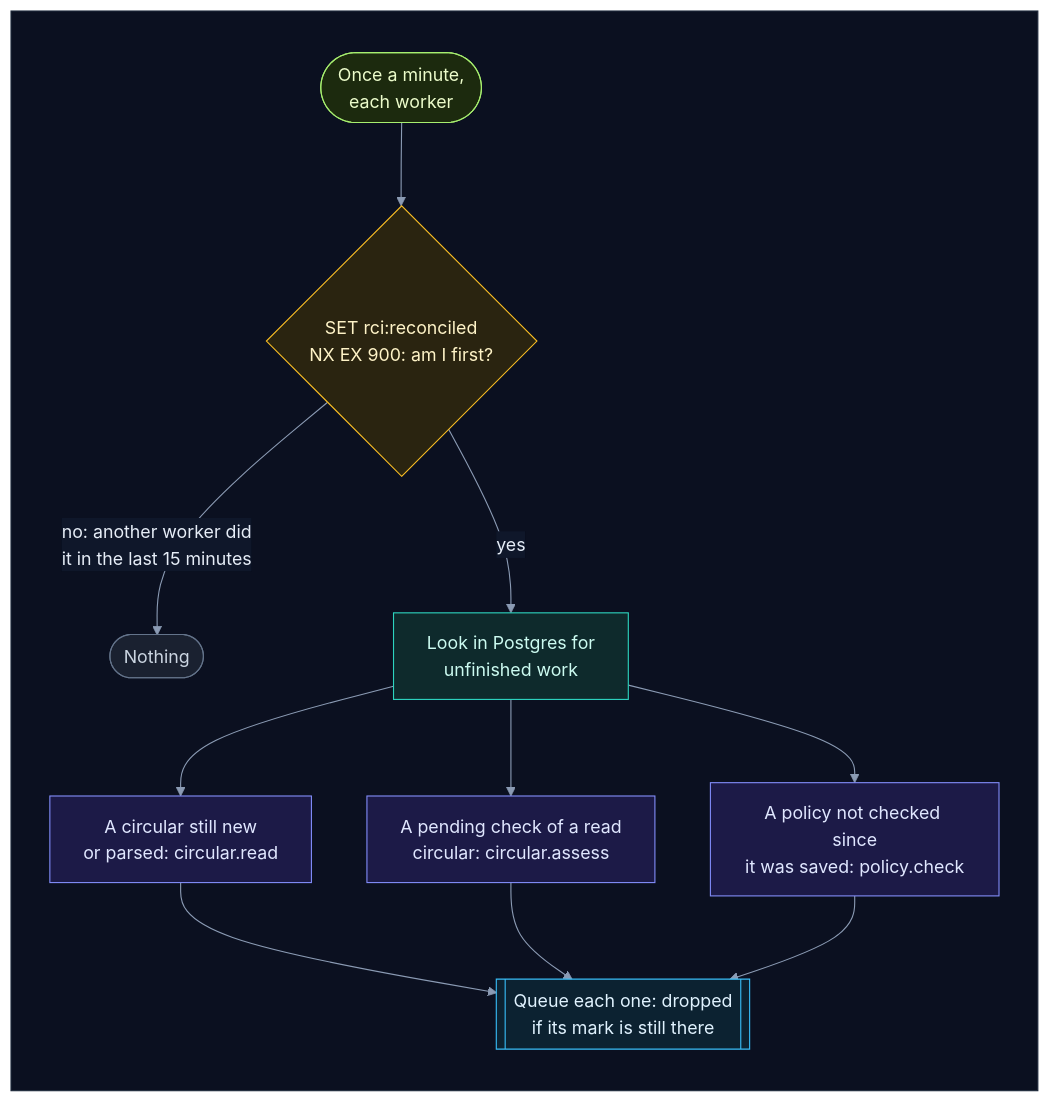
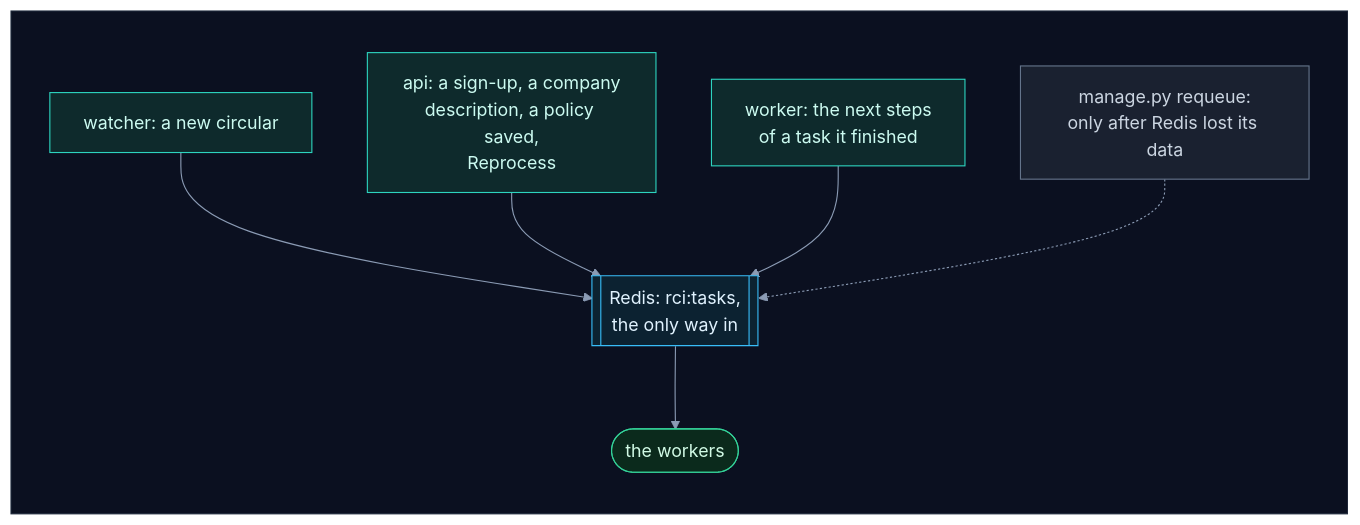
Before and after one commit to selvakumarperumal/Regulatory_Circular_Impact_Agent: diagram 21 of 44 in backend/worker/INTERNALS.md, drawn with Mermaid. The commit also changed other lines of this file and 7 other files, not shown here.

First line of the commit message:
Document the queue as the worker's only source of work

````diff
--- a/backend/worker/INTERNALS.md
+++ b/backend/worker/INTERNALS.md
@@ -1188,33 +1187,27 @@
 ```mermaid
 %%{init: {"theme": "base", "flowchart": {"diagramPadding": 0}, "themeVariables": {"darkMode": true, "primaryColor": "#16213a", "primaryTextColor": "#e6edf7", "primaryBorderColor": "#475a7a", "lineColor": "#8b9bb4", "secondaryColor": "#1b2436", "tertiaryColor": "#101a2e", "edgeLabelBackground": "#0f172a", "textColor": "#e2e8f0", "clusterBkg": "#0f1728", "clusterBorder": "#2b3a55", "titleColor": "#c4b5fd", "nodeTextColor": "#e6edf7"}}}%%
 flowchart TD
     subgraph canvas[" "]
         direction TB
-        t(["Once a minute,<br/>each worker"]) --> m{"SET rci:reconciled<br/>NX EX 900: am I first?"}
-        m -->|"no: another worker did<br/>it in the last 15 minutes"| skip(["Nothing"])
-        m -->|"yes"| l["Look in Postgres for<br/>unfinished work"]
-        l --> a["A circular still new<br/>or parsed: circular.read"]
-        l --> b["A pending check of a read<br/>circular: circular.assess"]
-        l --> c["A policy not checked since<br/>it was saved: policy.check"]
-        a --> q[["Queue each one: dropped<br/>if its mark is still there"]]
-        b --> q
-        c --> q
+        w["watcher: a new circular"] --> q[["Redis: rci:tasks,<br/>the only way in"]]
+        a["api: a sign-up, a company<br/>description, a policy saved,<br/>Reprocess"] --> q
+        k["worker: the next steps<br/>of a task it finished"] --> q
+        m["manage.py requeue:<br/>only after Redis lost its data"] -.-> q
+        q --> x(["the workers"])
     end
     classDef svc fill:#0e2a2c,stroke:#2dd4bf,color:#ccfbf1
     classDef data fill:#1c1a47,stroke:#818cf8,color:#e0e7ff
     classDef ext fill:#2a1640,stroke:#c084fc,color:#f3e8ff
     classDef gpu fill:#2d1b0c,stroke:#fb923c,color:#ffedd5
     classDef ask fill:#2a2410,stroke:#fbbf24,color:#fef3c7
     classDef ok fill:#0b2a1c,stroke:#34d399,color:#d1fae5
     classDef bad fill:#2e0f17,stroke:#fb7185,color:#ffe4e6
     classDef start fill:#1c2a0e,stroke:#a7ef6f,color:#ecfccb
     classDef muted fill:#1a2130,stroke:#64748b,color:#cbd5e1
     classDef queue fill:#0c2231,stroke:#38bdf8,color:#e0f2fe
-    class t start
-    class m ask
-    class skip muted
-    class l svc
-    class a,b,c data
+    class w,a,k svc
+    class m muted
     class q queue
+    class x ok
     style canvas fill:#0b1020,stroke:#1e293b,color:#0b1020
 ```
````
